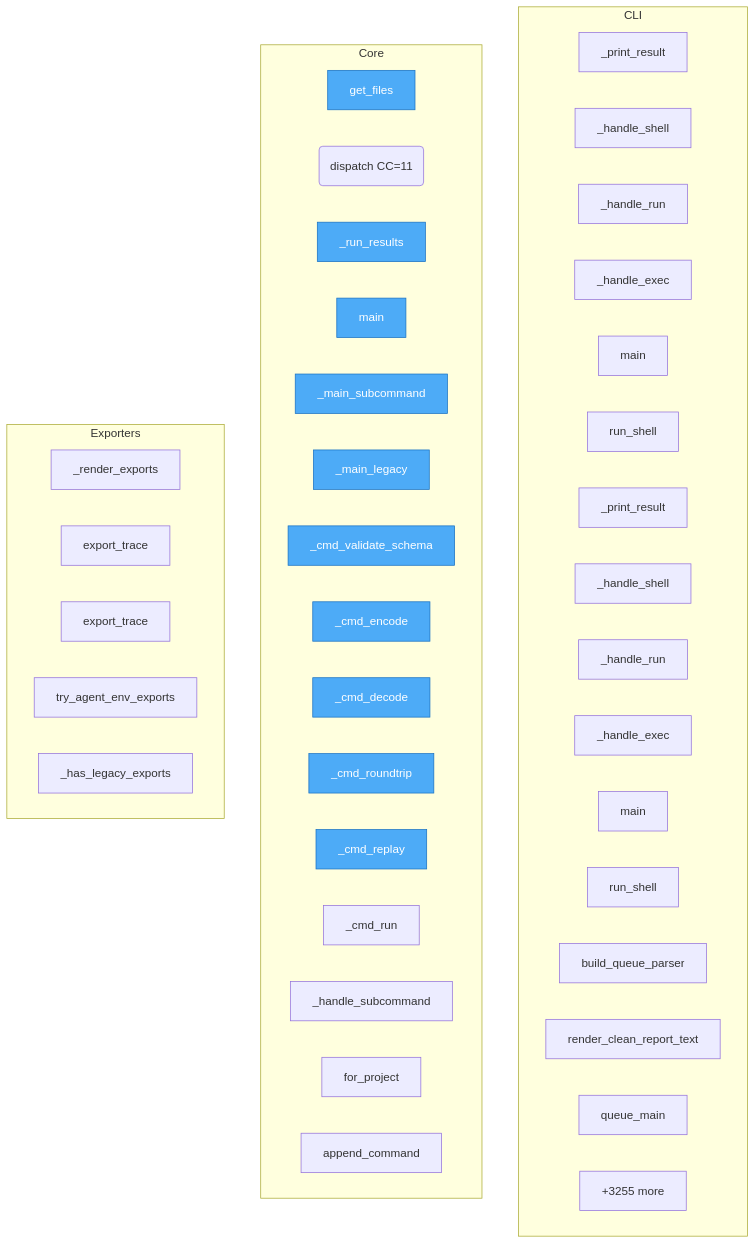
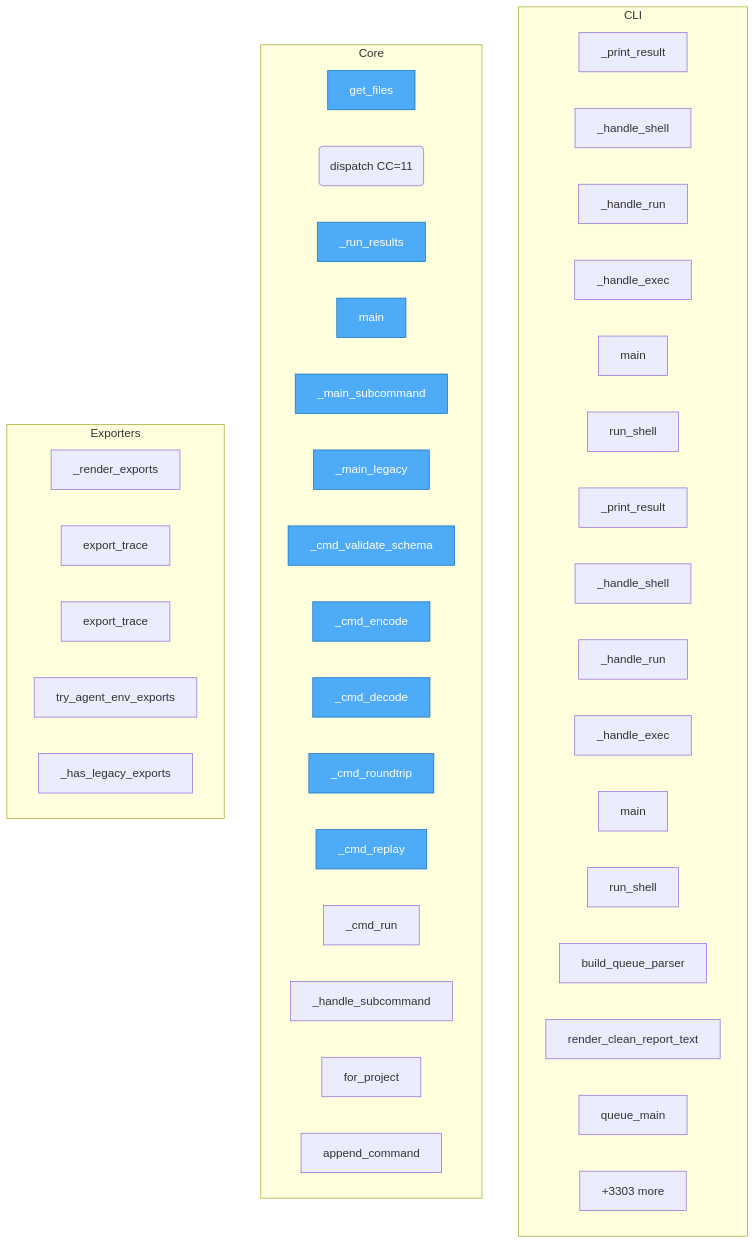
One commit to semcod/koru changed the diagram in project/flow.mmd. Above: the diagram before and after it, drawn with Mermaid. The commit also changed 113 other files, not shown here.

```diff
--- a/project/flow.mmd
+++ b/project/flow.mmd
@@ -1,53 +1,53 @@
 flowchart TD
-%% generated in 0.96s
+%% generated in 0.97s
 
     %% Entry points (blue)
     classDef entry fill:#4dabf7,stroke:#1971c2,color:#fff
 
     subgraph CLI
         packages__cli2koru__src__cli2koru__cli___print_result["_print_result"]
         packages__cli2koru__src__cli2koru__cli___handle_shell["_handle_shell"]
         packages__cli2koru__src__cli2koru__cli___handle_run["_handle_run"]
         packages__cli2koru__src__cli2koru__cli___handle_exec["_handle_exec"]
         packages__cli2koru__src__cli2koru__cli__main["main"]
         packages__cli2koru__src__cli2koru__shell__run_shell["run_shell"]
         packages__cli2coru__src__cli2coru__cli___print_result["_print_result"]
         packages__cli2coru__src__cli2coru__cli___handle_shell["_handle_shell"]
         packages__cli2coru__src__cli2coru__cli___handle_run["_handle_run"]
         packages__cli2coru__src__cli2coru__cli___handle_exec["_handle_exec"]
         packages__cli2coru__src__cli2coru__cli__main["main"]
         packages__cli2coru__src__cli2coru__shell__run_shell["run_shell"]
         koru__cli_queue__build_queue_parser["build_queue_parser"]
         koru__cli_queue__render_clean_report_text["render_clean_report_text"]
         koru__cli_queue__queue_main["queue_main"]
         ...["+4 more"]
     end
 
     subgraph Core
         check_dups__get_files["get_files"]
         packages__dsl2koru__src__dsl2koru__bus__dispatch("dispatch CC=11")
         packages__dsl2koru__src__dsl2koru__cli___run_results["_run_results"]
         packages__dsl2koru__src__dsl2koru__cli__main["main"]
         packages__dsl2koru__src__dsl2koru__cli___main_subcommand["_main_subcommand"]
         packages__dsl2koru__src__dsl2koru__cli___main_legacy["_main_legacy"]
         packages__dsl2koru__src__dsl2koru__cli___cmd_validate_schema["_cmd_validate_schema"]
         packages__dsl2koru__src__dsl2koru__cli___cmd_encode["_cmd_encode"]
         packages__dsl2koru__src__dsl2koru__cli___cmd_decode["_cmd_decode"]
         packages__dsl2koru__src__dsl2koru__cli___cmd_roundtrip["_cmd_roundtrip"]
         packages__dsl2koru__src__dsl2koru__cli___cmd_replay["_cmd_replay"]
         packages__dsl2koru__src__dsl2koru__cli___cmd_run["_cmd_run"]
         packages__dsl2koru__src__dsl2koru__cli___handle_subcommand["_handle_subcommand"]
         packages__dsl2koru__src__dsl2koru__events__EventStore__for_project["for_project"]
         packages__dsl2koru__src__dsl2koru__events__EventStore__append_command["append_command"]
-        ...["+3255 more"]
+        ...["+3303 more"]
     end
 
     subgraph Exporters
         packages__koruenv__src__koruenv__cli___render_exports["_render_exports"]
         packages__nlpshim__src__nlpshim__conversation_client__ConversationTestClient__export_trace["export_trace"]
         packages__nlpshim__src__nlpshim__conversation_test_api__export_trace["export_trace"]
         src__koru__agent_cli_helpers__try_agent_env_exports["try_agent_env_exports"]
         src__koru__cli___has_legacy_exports["_has_legacy_exports"]
     end
 
     class check_dups__get_files,packages__dsl2koru__src__dsl2koru__cli___run_results,packages__dsl2koru__src__dsl2koru__cli__main,packages__dsl2koru__src__dsl2koru__cli___main_subcommand,packages__dsl2koru__src__dsl2koru__cli___main_legacy,packages__dsl2koru__src__dsl2koru__cli___cmd_validate_schema,packages__dsl2koru__src__dsl2koru__cli___cmd_encode,packages__dsl2koru__src__dsl2koru__cli___cmd_decode,packages__dsl2koru__src__dsl2koru__cli___cmd_roundtrip,packages__dsl2koru__src__dsl2koru__cli___cmd_replay entry
```
